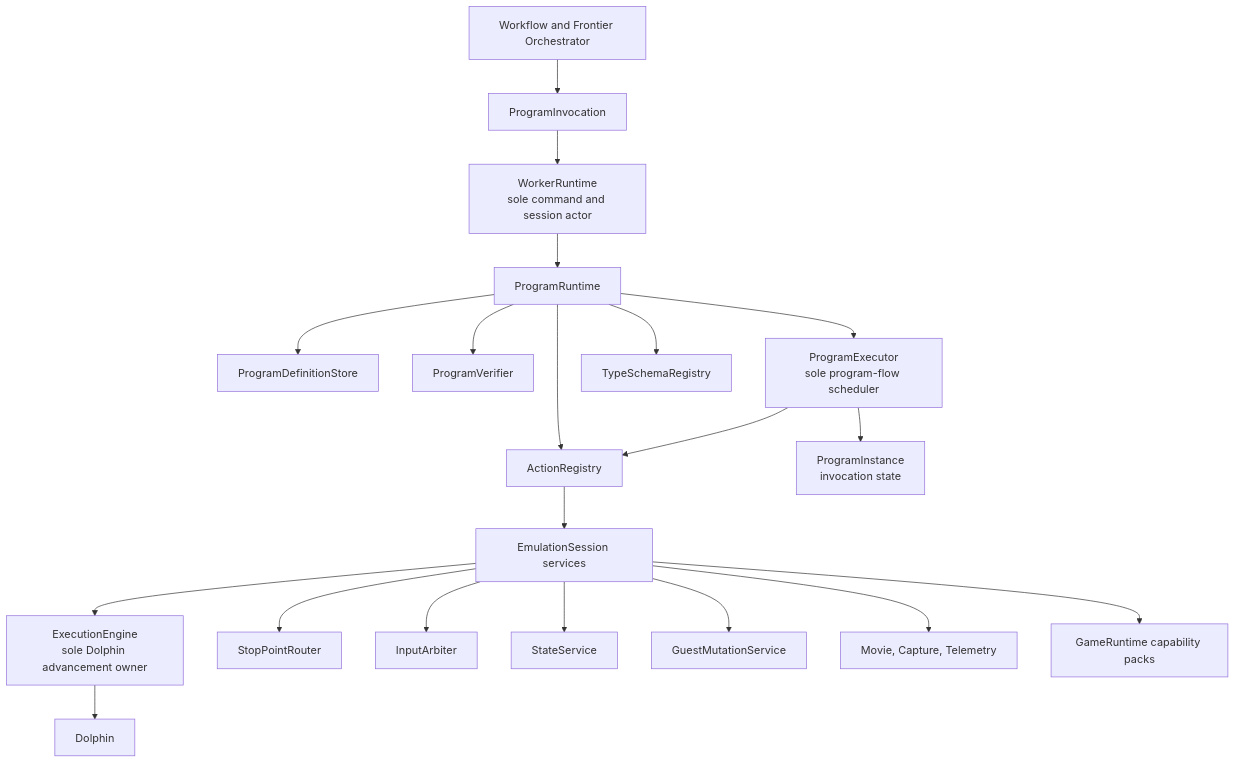
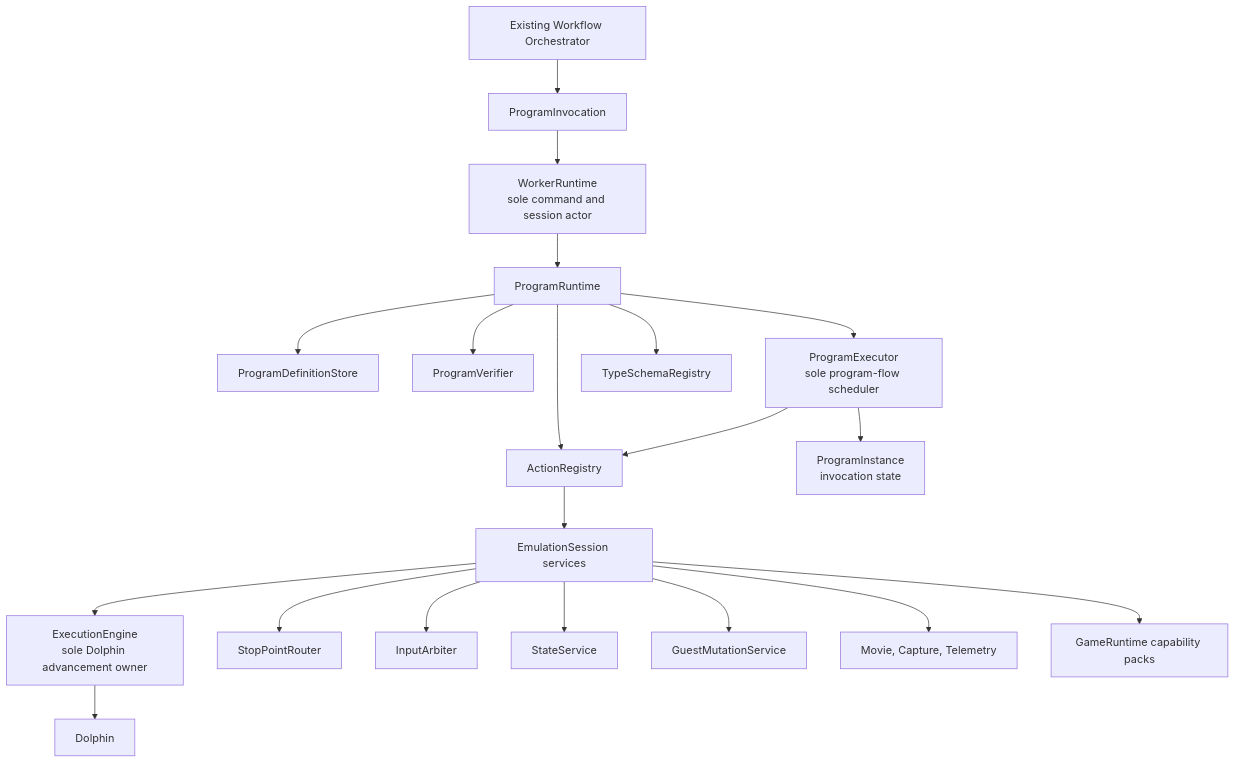
The diagram in planning/ExecutionRuntime/README.md (jahorta/SAVOR), drawn with Mermaid before and after one commit. The commit also changed other lines of this file and 27 other files, not shown here.

````diff
--- a/planning/ExecutionRuntime/README.md
+++ b/planning/ExecutionRuntime/README.md
@@ -62,22 +75,22 @@
 ```mermaid
 flowchart TD
-    WF["Workflow and Frontier Orchestrator"] --> INV["ProgramInvocation"]
+    WF["Existing Workflow Orchestrator"] --> INV["ProgramInvocation"]
     INV --> WR["WorkerRuntime<br/>sole command and session actor"]
     WR --> PR["ProgramRuntime"]
     PR --> DS["ProgramDefinitionStore"]
     PR --> VF["ProgramVerifier"]
     PR --> PE["ProgramExecutor<br/>sole program-flow scheduler"]
     PR --> AR["ActionRegistry"]
     PR --> TR["TypeSchemaRegistry"]
     PE --> PI["ProgramInstance<br/>invocation state"]
     PE --> AR
     AR --> ES["EmulationSession services"]
     ES --> EE["ExecutionEngine<br/>sole Dolphin advancement owner"]
     ES --> SR["StopPointRouter"]
     ES --> IA["InputArbiter"]
     ES --> SS["StateService"]
     ES --> GM["GuestMutationService"]
     ES --> MC["Movie, Capture, Telemetry"]
     ES --> GR["GameRuntime capability packs"]
     EE --> D["Dolphin"]
 ```
````
